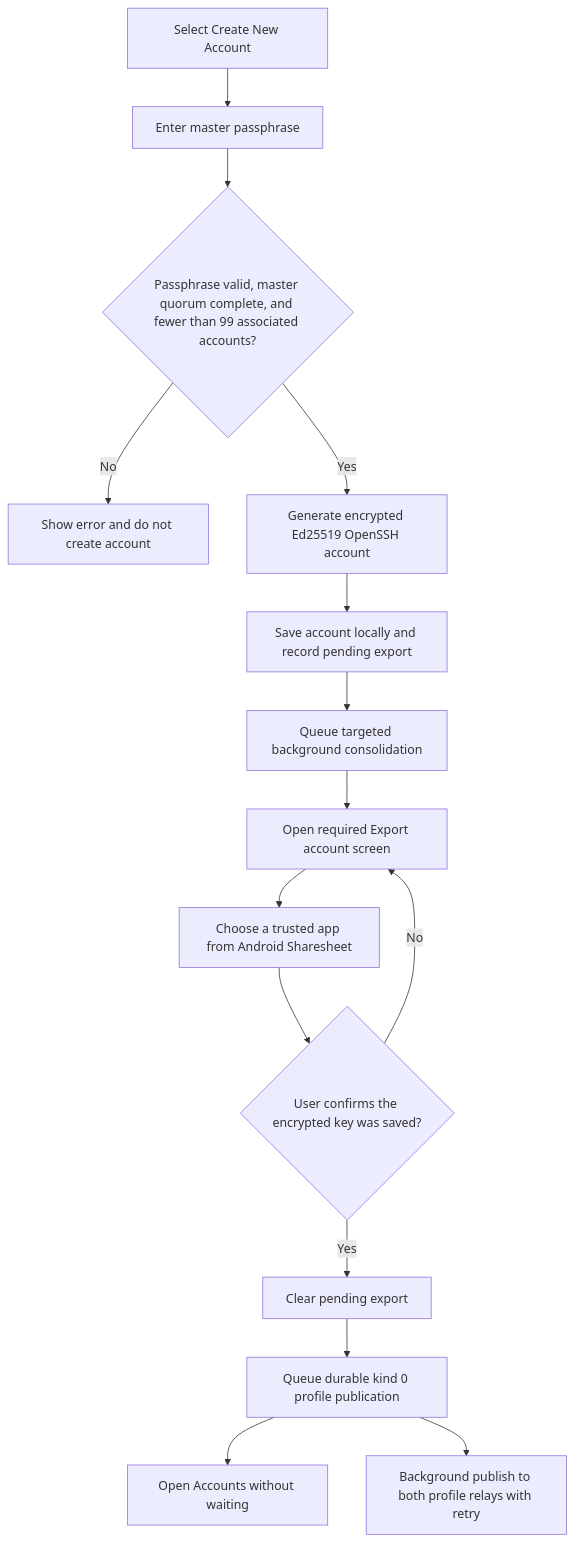
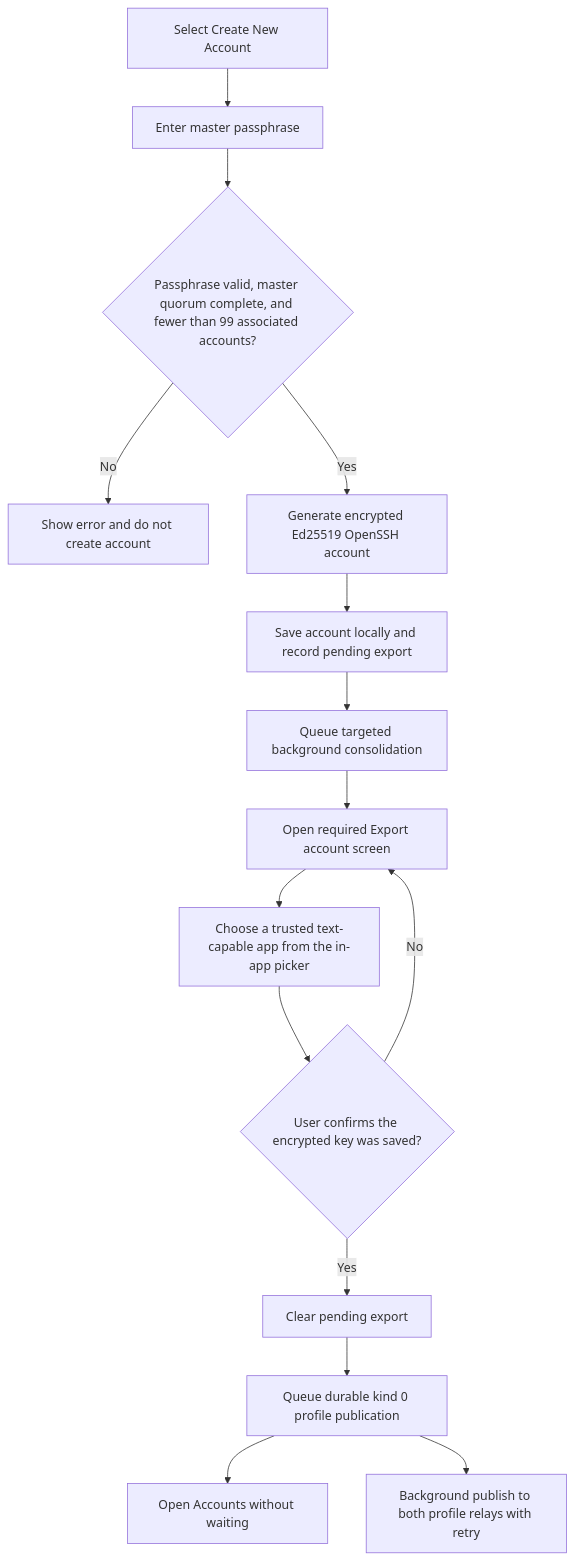
The third of 6 diagrams in docs/stakeholder/flowcharts.md (ZenTenApp/vault-kotlin), drawn with Mermaid before and after one commit. The commit also changed other lines of this file and 5 other files, not shown here.

Commit message:
feat(accounts): add custom export app picker

````diff
--- a/docs/stakeholder/flowcharts.md
+++ b/docs/stakeholder/flowcharts.md
@@ -59,17 +59,17 @@
 ```mermaid
 flowchart TD
     Add["Select Create New Account"] --> EnterPassphrase["Enter master passphrase"]
     EnterPassphrase --> Check{"Passphrase valid, master quorum complete, and fewer than 99 associated accounts?"}
     Check -->|No| Rejected["Show error and do not create account"]
     Check -->|Yes| Generate["Generate encrypted Ed25519 OpenSSH account"]
     Generate --> Save["Save account locally and record pending export"]
     Save --> Queue["Queue targeted background consolidation"]
     Queue --> Export["Open required Export account screen"]
-    Export --> Choose["Choose a trusted app from Android Sharesheet"]
+    Export --> Choose["Choose a trusted text-capable app from the in-app picker"]
     Choose --> Confirm{"User confirms the encrypted key was saved?"}
     Confirm -->|No| Export
     Confirm -->|Yes| Clear["Clear pending export"]
     Clear --> QueueProfile["Queue durable kind 0 profile publication"]
     QueueProfile --> Accounts["Open Accounts without waiting"]
     QueueProfile --> ProfileWorker["Background publish to both profile relays with retry"]
 ```
````
